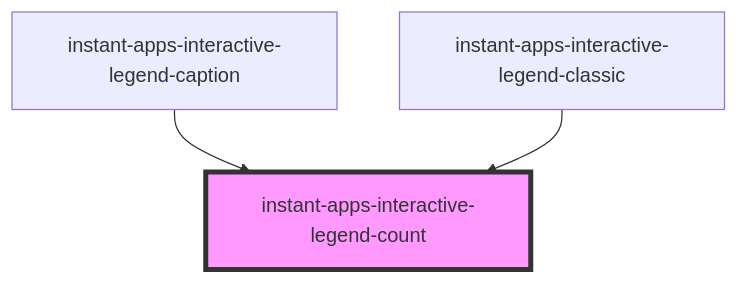
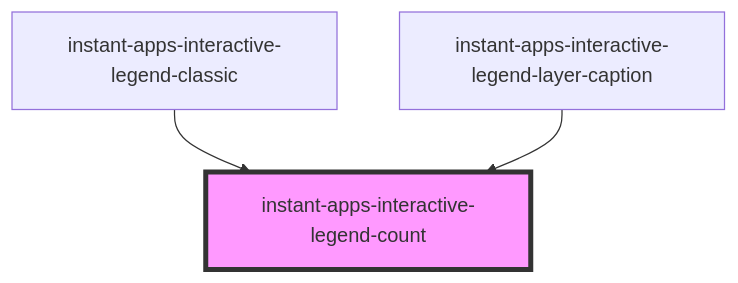
Before and after one commit to Esri/instant-apps-components: the diagram in src/components/instant-apps-interactive-legend/instant-apps-interactive-legend-count/readme.md, drawn with Mermaid. The commit also changed other lines of this file and 20 other files, not shown here.

Commit message:
chore: rename interactive legend caption sub components

````diff
--- a/src/components/instant-apps-interactive-legend/instant-apps-interactive-legend-count/readme.md
+++ b/src/components/instant-apps-interactive-legend/instant-apps-interactive-legend-count/readme.md
@@ -28,6 +28,6 @@
 ```mermaid
 graph TD;
-  instant-apps-interactive-legend-caption --> instant-apps-interactive-legend-count
   instant-apps-interactive-legend-classic --> instant-apps-interactive-legend-count
+  instant-apps-interactive-legend-layer-caption --> instant-apps-interactive-legend-count
   style instant-apps-interactive-legend-count fill:#f9f,stroke:#333,stroke-width:4px
 ```
````
